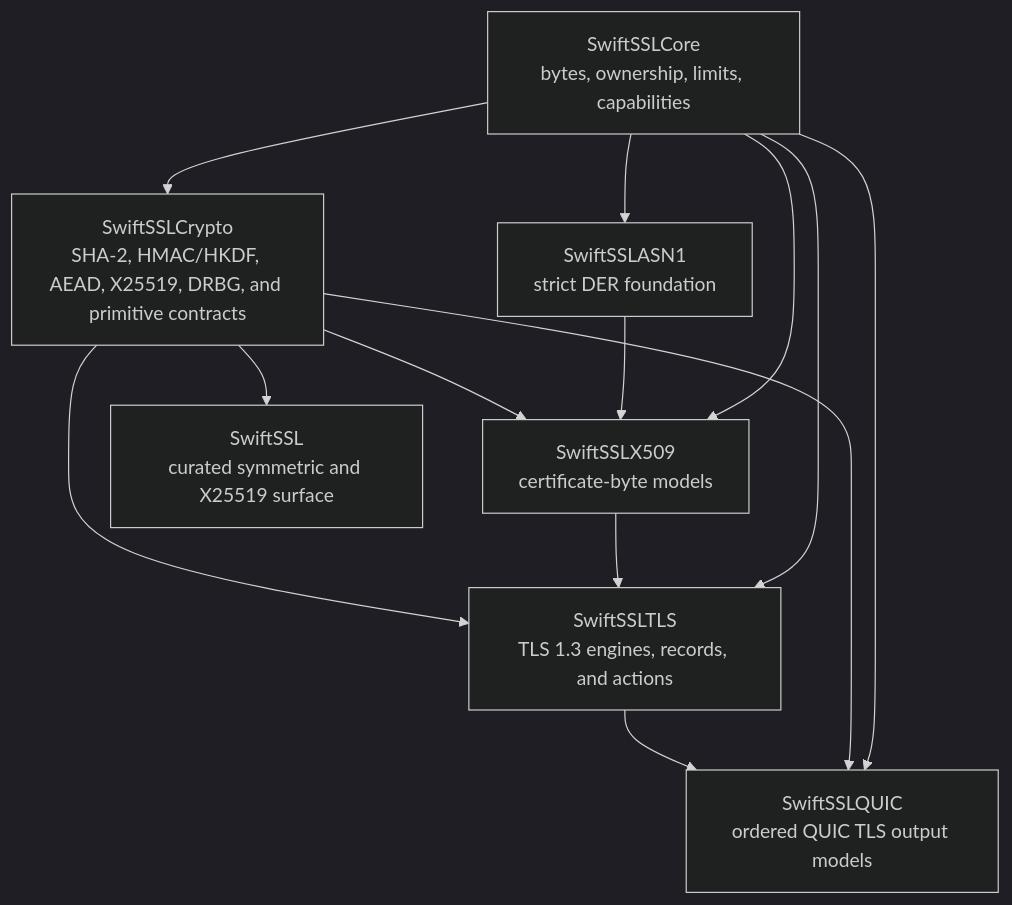
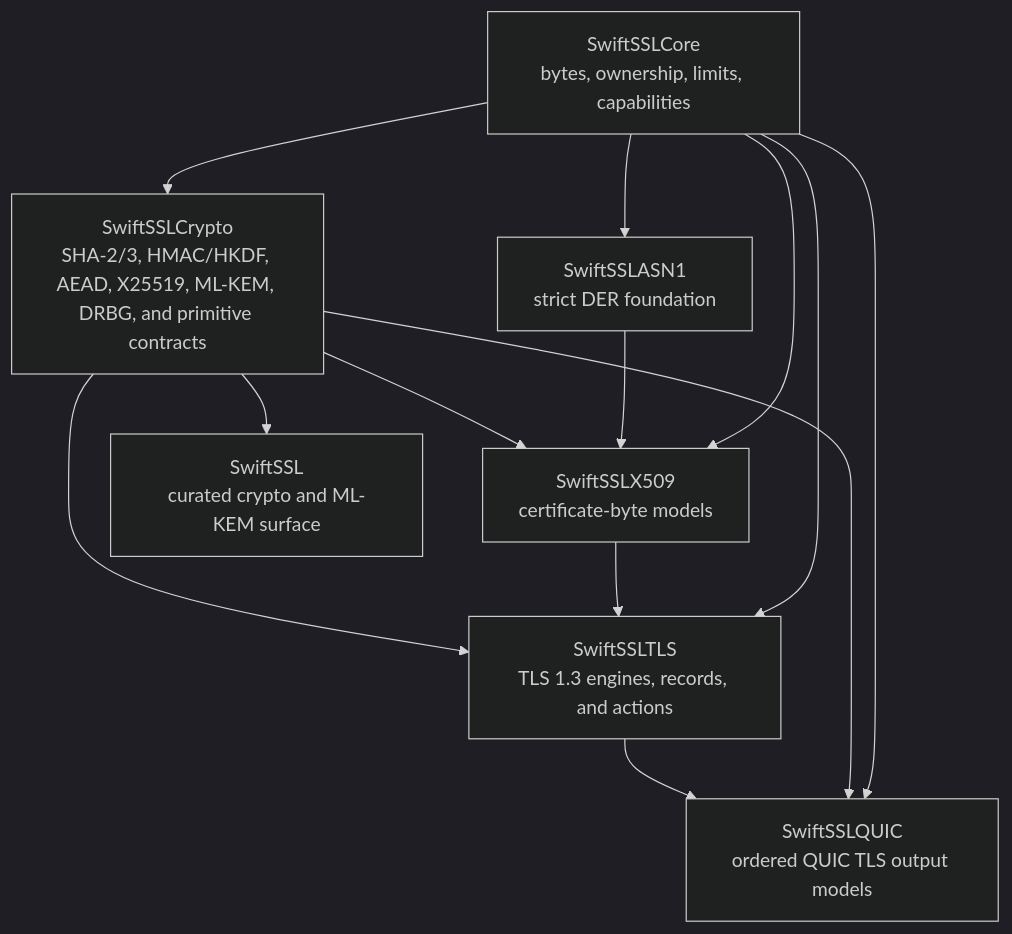
The first of 3 diagrams in docs/ARCHITECTURE.md (1amageek/swift-ssl), drawn with Mermaid (dark theme) before and after one commit. The commit also changed other lines of this file and 49 other files, not shown here.

Commit message:
Implement Pure Swift ML-KEM

````diff
--- a/docs/ARCHITECTURE.md
+++ b/docs/ARCHITECTURE.md
@@ -18,23 +18,23 @@
 ```mermaid
 flowchart TD
     Core["SwiftSSLCore\nbytes, ownership, limits, capabilities"]
-    Crypto["SwiftSSLCrypto\nSHA-2, HMAC/HKDF, AEAD, X25519, DRBG, and primitive contracts"]
+    Crypto["SwiftSSLCrypto\nSHA-2/3, HMAC/HKDF, AEAD, X25519, ML-KEM, DRBG, and primitive contracts"]
     ASN1["SwiftSSLASN1\nstrict DER foundation"]
     X509["SwiftSSLX509\ncertificate-byte models"]
     TLS["SwiftSSLTLS\nTLS 1.3 engines, records, and actions"]
     QUIC["SwiftSSLQUIC\nordered QUIC TLS output models"]
-    Facade["SwiftSSL\ncurated symmetric and X25519 surface"]
+    Facade["SwiftSSL\ncurated crypto and ML-KEM surface"]
 
     Core --> Crypto
     Core --> ASN1
     Crypto --> X509
     ASN1 --> X509
     Core --> X509
     Crypto --> TLS
     X509 --> TLS
     Core --> TLS
     TLS --> QUIC
     Crypto --> QUIC
     Core --> QUIC
     Crypto --> Facade
 ```
````
